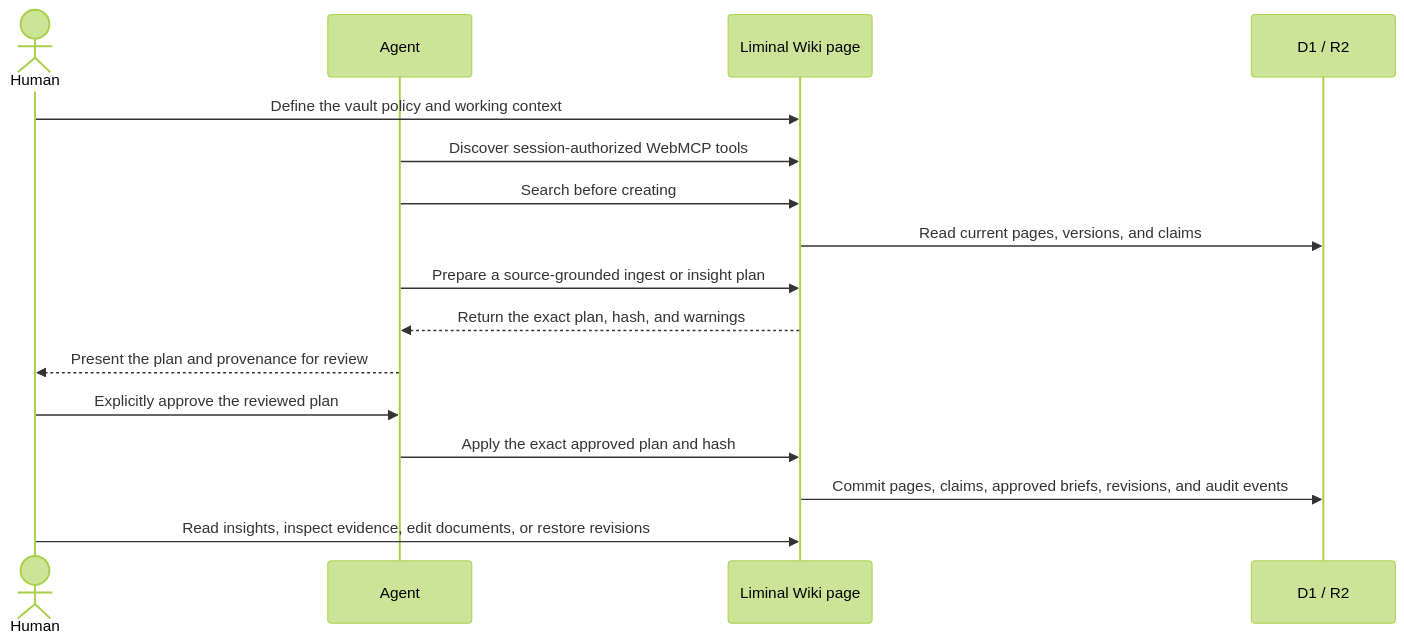
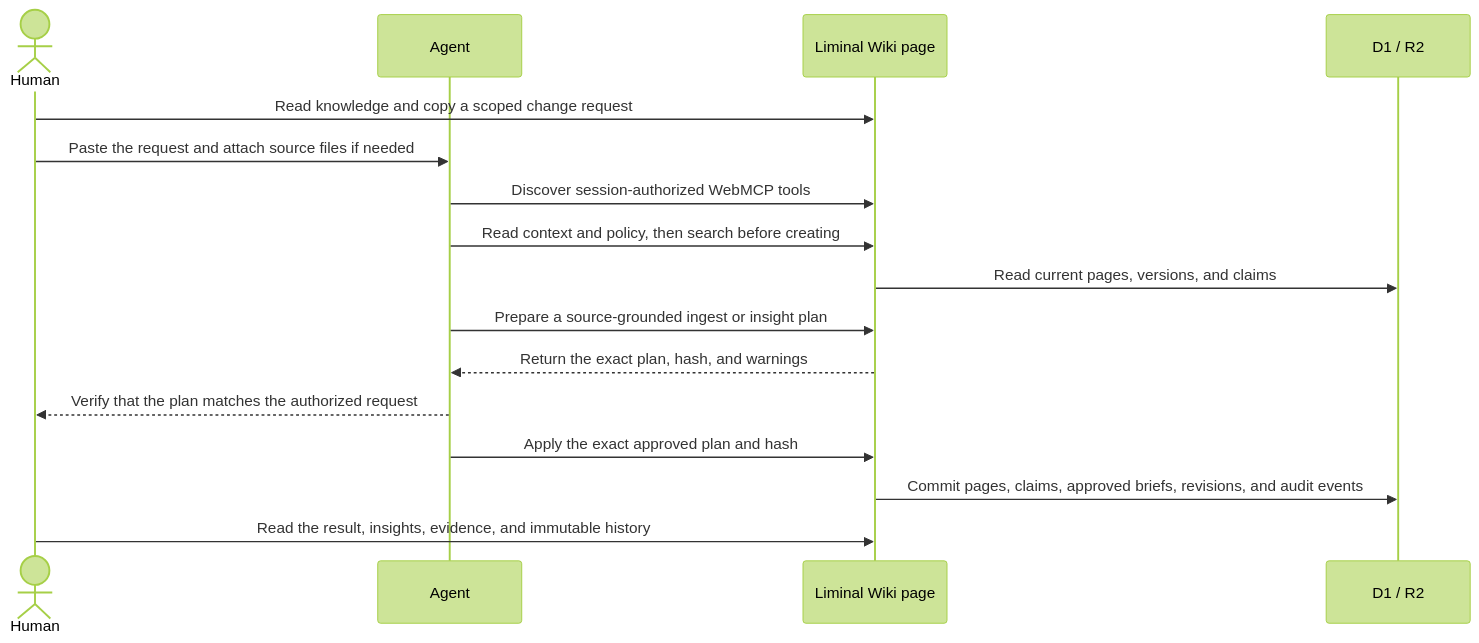
The first of 2 diagrams in README.md (rca32/llmwiki-webmcp), drawn with Mermaid (forest theme) before and after one commit. The commit also changed other lines of this file and 21 other files, not shown here.

````diff
--- a/README.md
+++ b/README.md
@@ -116,19 +116,19 @@
 ```mermaid
 sequenceDiagram
     actor Human
     participant Agent
     participant Page as Liminal Wiki page
     participant Data as D1 / R2
 
-    Human->>Page: Define the vault policy and working context
+    Human->>Page: Read knowledge and copy a scoped change request
+    Human->>Agent: Paste the request and attach source files if needed
     Agent->>Page: Discover session-authorized WebMCP tools
-    Agent->>Page: Search before creating
+    Agent->>Page: Read context and policy, then search before creating
     Page->>Data: Read current pages, versions, and claims
     Agent->>Page: Prepare a source-grounded ingest or insight plan
     Page-->>Agent: Return the exact plan, hash, and warnings
-    Agent-->>Human: Present the plan and provenance for review
-    Human->>Agent: Explicitly approve the reviewed plan
+    Agent-->>Human: Verify that the plan matches the authorized request
     Agent->>Page: Apply the exact approved plan and hash
     Page->>Data: Commit pages, claims, approved briefs, revisions, and audit events
-    Human->>Page: Read insights, inspect evidence, edit documents, or restore revisions
+    Human->>Page: Read the result, insights, evidence, and immutable history
 ```
````
